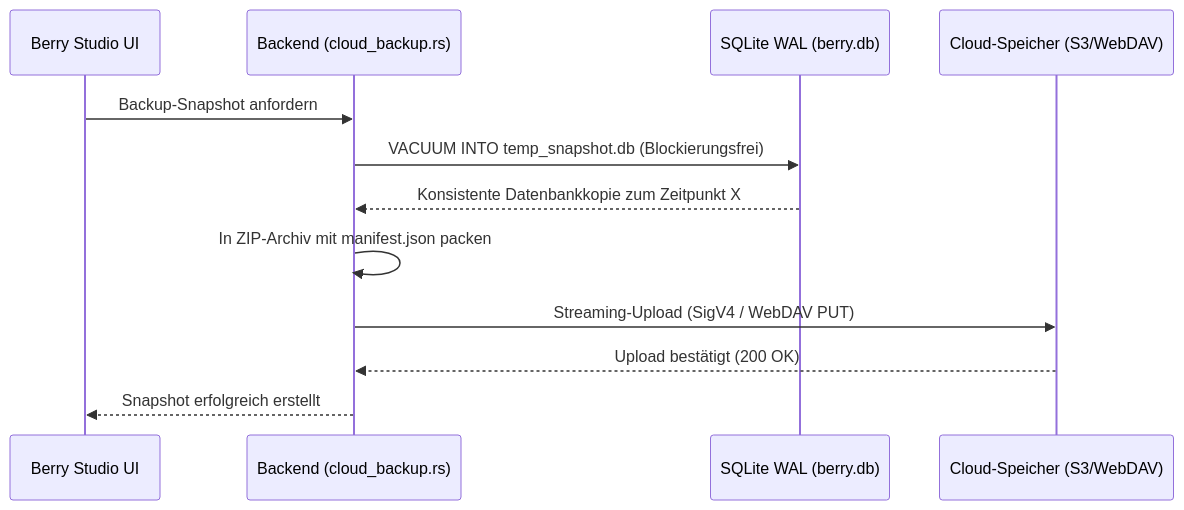
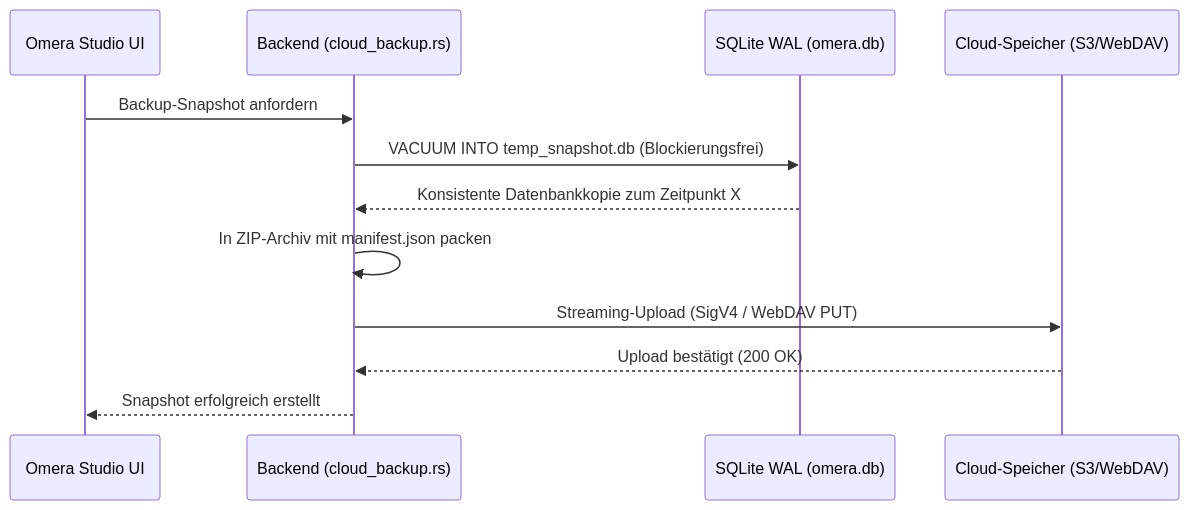
The diagram in docs/wiki/de/05-export-and-collaboration/cloud-backup-and-sync.md (BerryUIKI/Berry-AI-Studio), drawn with Mermaid before and after one commit. The commit also changed other lines of this file and 224 other files, not shown here.

````diff
--- a/docs/wiki/de/05-export-and-collaboration/cloud-backup-and-sync.md
+++ b/docs/wiki/de/05-export-and-collaboration/cloud-backup-and-sync.md
@@ -23,15 +23,15 @@
 ```mermaid
 sequenceDiagram
-    participant UI as Berry Studio UI
+    participant UI as Omera Studio UI
     participant Rust as Backend (cloud_backup.rs)
-    participant DB as SQLite WAL (berry.db)
+    participant DB as SQLite WAL (omera.db)
     participant Remote as Cloud-Speicher (S3/WebDAV)
 
     UI->>Rust: Backup-Snapshot anfordern
     Rust->>DB: VACUUM INTO temp_snapshot.db (Blockierungsfrei)
     DB-->>Rust: Konsistente Datenbankkopie zum Zeitpunkt X
     Rust->>Rust: In ZIP-Archiv mit manifest.json packen
     Rust->>Remote: Streaming-Upload (SigV4 / WebDAV PUT)
     Remote-->>Rust: Upload bestätigt (200 OK)
     Rust-->>UI: Snapshot erfolgreich erstellt
 ```
````
